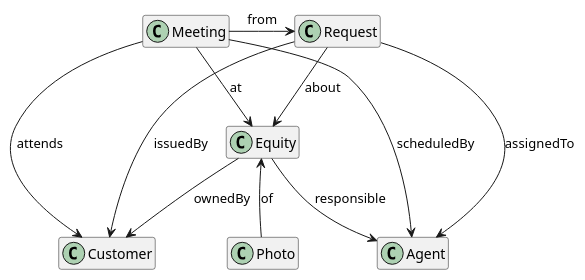
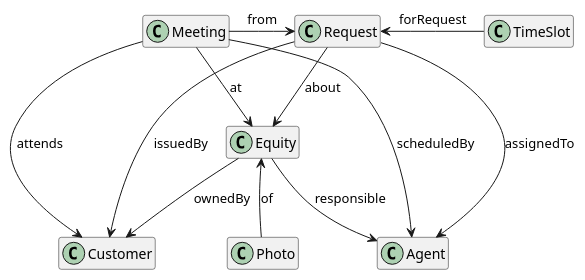
One commit to vantonov1/meet changed the diagram in meet.puml. Above: the diagram before and after it, drawn with PlantUML. The commit also changed 12 other files, not shown here.

```diff
--- a/meet.puml
+++ b/meet.puml
@@ -1,23 +1,25 @@
 @startuml
 
 hide members
 class Equity 
 class Photo 
 class Agent 
 class Customer 
 class Request 
+class TimeSlot
 
 Equity <-- Photo: of
 Equity --> Customer : ownedBy
 Equity --> Agent : responsible
 
 Meeting --> Agent : scheduledBy
 Meeting --> Customer : attends
 Meeting --> Equity : at
 Meeting -> Request : from
 
 Request --> Equity : about
 Request --> Customer : issuedBy
 Request --> Agent : assignedTo
+Request <- TimeSlot : forRequest
 
 @enduml
```
